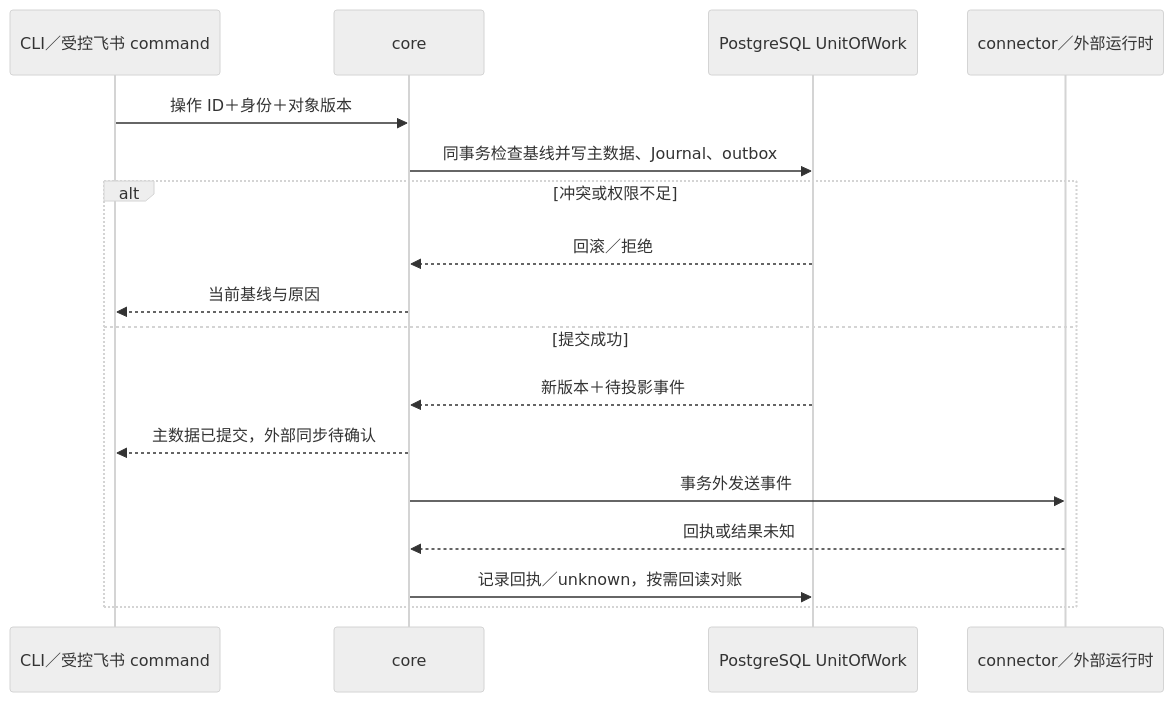
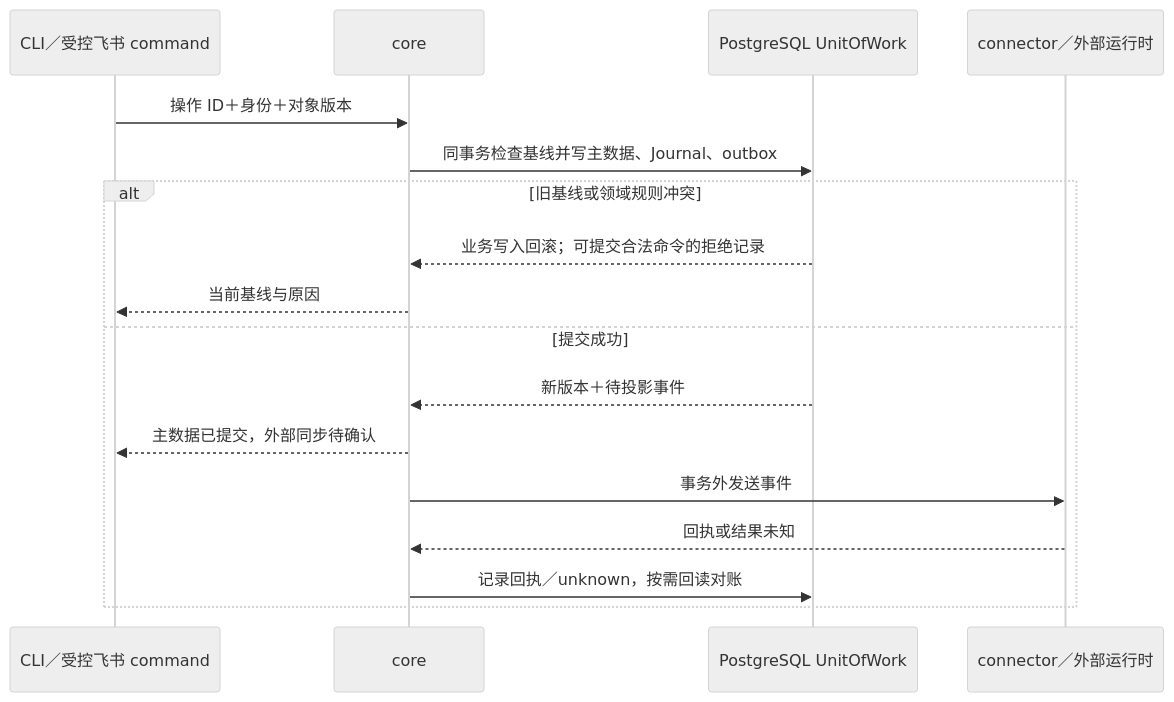
The third of 3 diagrams in docs/architecture/storage.md (cyl19970726/evoLoop), drawn with Mermaid (neutral theme) before and after one commit. The commit also changed other lines of this file and 65 other files, not shown here.

````diff
--- a/docs/architecture/storage.md
+++ b/docs/architecture/storage.md
@@ -149,19 +149,19 @@
 ```mermaid
 sequenceDiagram
   participant E as CLI／受控飞书 command
   participant C as core
   participant P as PostgreSQL UnitOfWork
   participant X as connector／外部运行时
   E->>C: 操作 ID＋身份＋对象版本
   C->>P: 同事务检查基线并写主数据、Journal、outbox
-  alt 冲突或权限不足
-    P-->>C: 回滚／拒绝
+  alt 旧基线或领域规则冲突
+    P-->>C: 业务写入回滚；可提交合法命令的拒绝记录
     C-->>E: 当前基线与原因
   else 提交成功
     P-->>C: 新版本＋待投影事件
     C-->>E: 主数据已提交，外部同步待确认
     C->>X: 事务外发送事件
     X-->>C: 回执或结果未知
     C->>P: 记录回执／unknown，按需回读对账
   end
 ```
````
